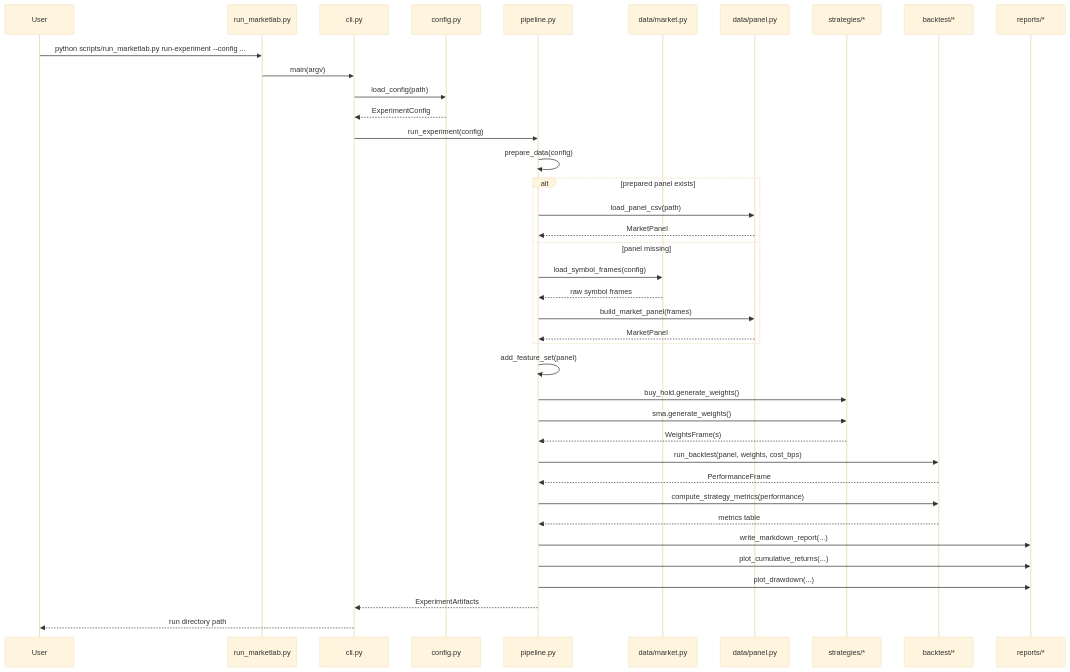
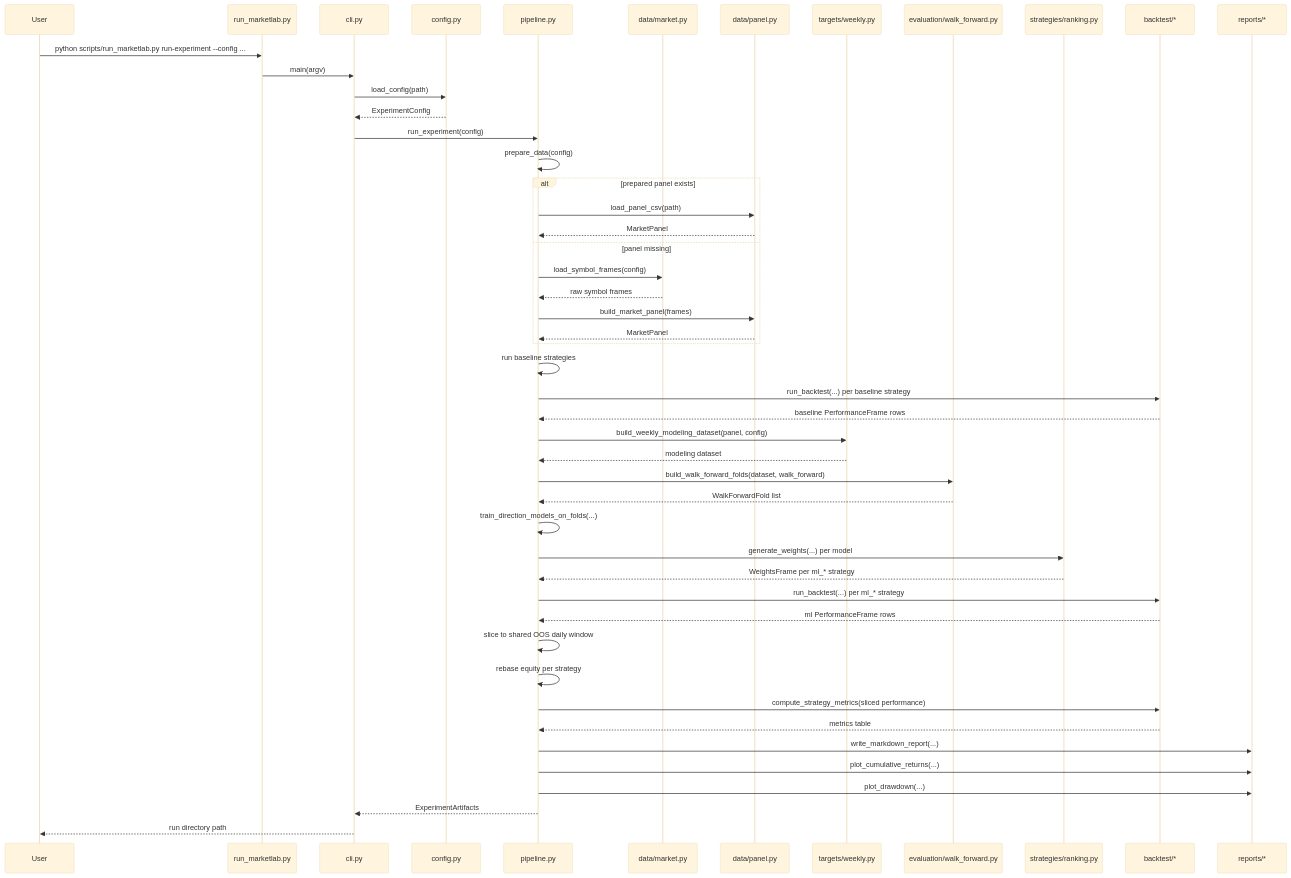
One commit to ricardogr07/market-lab changed the second of 4 diagrams in ARCHITECTURE.md. Above: the diagram before and after it, drawn with Mermaid (base theme). The commit also changed other lines of this file, not shown here.

Commit message:
docs: update architecture for ml experiment integration

````diff
--- a/ARCHITECTURE.md
+++ b/ARCHITECTURE.md
@@ -75,44 +80,54 @@
 ```mermaid
 sequenceDiagram
     participant U as User
     participant L as run_marketlab.py
     participant C as cli.py
     participant CFG as config.py
     participant P as pipeline.py
     participant M as data/market.py
     participant N as data/panel.py
-    participant S as strategies/*
+    participant T as targets/weekly.py
+    participant E as evaluation/walk_forward.py
+    participant RANK as strategies/ranking.py
     participant B as backtest/*
     participant R as reports/*
 
     U->>L: python scripts/run_marketlab.py run-experiment --config ...
     L->>C: main(argv)
     C->>CFG: load_config(path)
     CFG-->>C: ExperimentConfig
     C->>P: run_experiment(config)
     P->>P: prepare_data(config)
 
     alt prepared panel exists
         P->>N: load_panel_csv(path)
         N-->>P: MarketPanel
     else panel missing
         P->>M: load_symbol_frames(config)
         M-->>P: raw symbol frames
         P->>N: build_market_panel(frames)
         N-->>P: MarketPanel
     end
 
-    P->>P: add_feature_set(panel)
-    P->>S: buy_hold.generate_weights()
-    P->>S: sma.generate_weights()
-    S-->>P: WeightsFrame(s)
-    P->>B: run_backtest(panel, weights, cost_bps)
-    B-->>P: PerformanceFrame
-    P->>B: compute_strategy_metrics(performance)
+    P->>P: run baseline strategies
+    P->>B: run_backtest(...) per baseline strategy
+    B-->>P: baseline PerformanceFrame rows
+    P->>T: build_weekly_modeling_dataset(panel, config)
+    T-->>P: modeling dataset
+    P->>E: build_walk_forward_folds(dataset, walk_forward)
+    E-->>P: WalkForwardFold list
+    P->>P: train_direction_models_on_folds(...)
+    P->>RANK: generate_weights(...) per model
+    RANK-->>P: WeightsFrame per ml_* strategy
+    P->>B: run_backtest(...) per ml_* strategy
+    B-->>P: ml PerformanceFrame rows
+    P->>P: slice to shared OOS daily window
+    P->>P: rebase equity per strategy
+    P->>B: compute_strategy_metrics(sliced performance)
     B-->>P: metrics table
     P->>R: write_markdown_report(...)
     P->>R: plot_cumulative_returns(...)
     P->>R: plot_drawdown(...)
     P-->>C: ExperimentArtifacts
     C-->>U: run directory path
 ```
````
